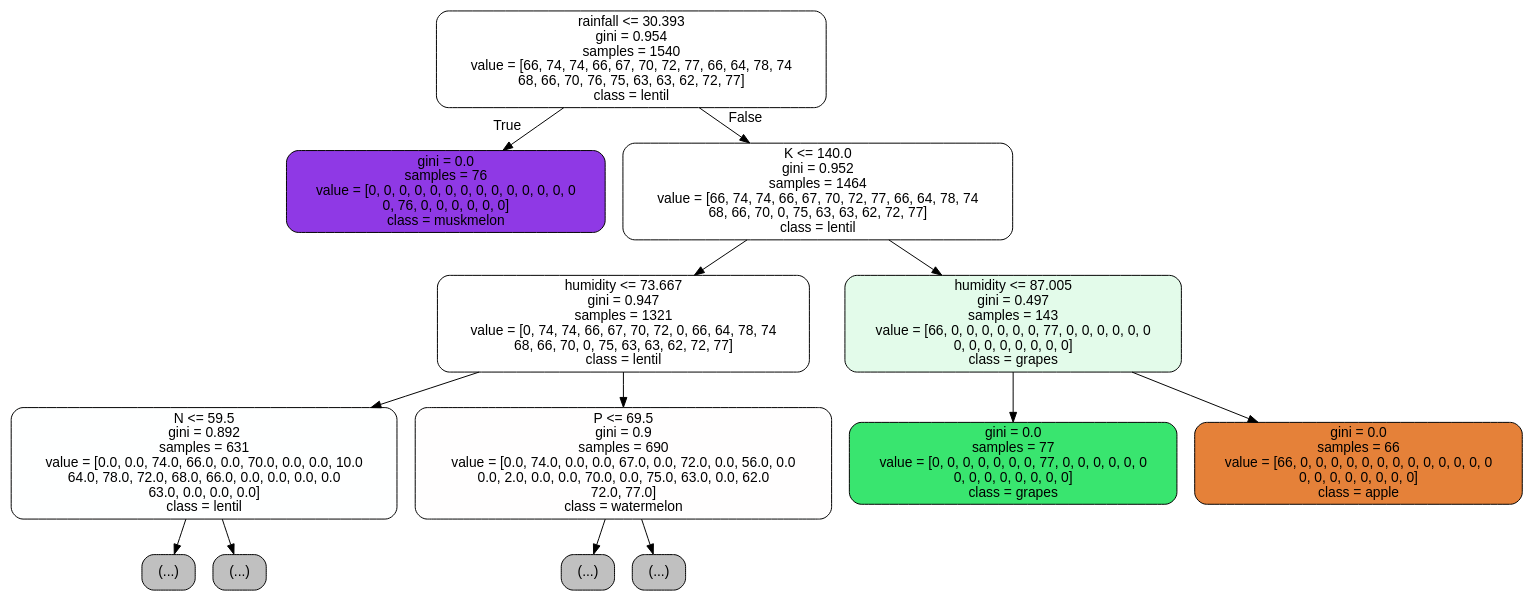
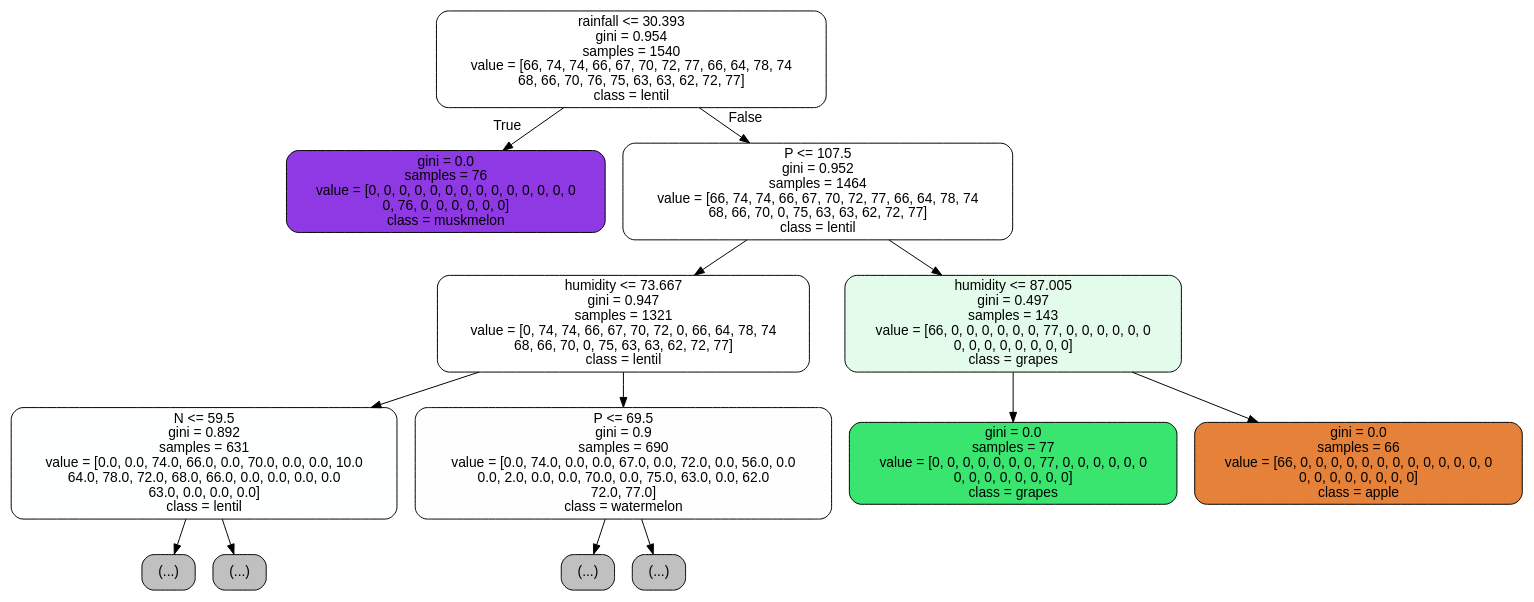
The diagram in precomputation/decision_tree.dot (ashuthe1/Crop_Recommendation_System), drawn with Graphviz before and after one commit. The commit also changed 13 other files, not shown here.

```diff
--- a/precomputation/decision_tree.dot
+++ b/precomputation/decision_tree.dot
@@ -1,29 +1,29 @@
 digraph Tree {
 node [shape=box, style="filled, rounded", color="black", fontname="helvetica"] ;
 edge [fontname="helvetica"] ;
 0 [label="rainfall <= 30.393\ngini = 0.954\nsamples = 1540\nvalue = [66, 74, 74, 66, 67, 70, 72, 77, 66, 64, 78, 74\n68, 66, 70, 76, 75, 63, 63, 62, 72, 77]\nclass = lentil", fillcolor="#ffffff"] ;
 1 [label="gini = 0.0\nsamples = 76\nvalue = [0, 0, 0, 0, 0, 0, 0, 0, 0, 0, 0, 0, 0, 0\n0, 76, 0, 0, 0, 0, 0, 0]\nclass = muskmelon", fillcolor="#8f39e5"] ;
 0 -> 1 [labeldistance=2.5, labelangle=45, headlabel="True"] ;
-2 [label="K <= 140.0\ngini = 0.952\nsamples = 1464\nvalue = [66, 74, 74, 66, 67, 70, 72, 77, 66, 64, 78, 74\n68, 66, 70, 0, 75, 63, 63, 62, 72, 77]\nclass = lentil", fillcolor="#ffffff"] ;
+2 [label="P <= 107.5\ngini = 0.952\nsamples = 1464\nvalue = [66, 74, 74, 66, 67, 70, 72, 77, 66, 64, 78, 74\n68, 66, 70, 0, 75, 63, 63, 62, 72, 77]\nclass = lentil", fillcolor="#ffffff"] ;
 0 -> 2 [labeldistance=2.5, labelangle=-45, headlabel="False"] ;
 3 [label="humidity <= 73.667\ngini = 0.947\nsamples = 1321\nvalue = [0, 74, 74, 66, 67, 70, 72, 0, 66, 64, 78, 74\n68, 66, 70, 0, 75, 63, 63, 62, 72, 77]\nclass = lentil", fillcolor="#ffffff"] ;
 2 -> 3 ;
 4 [label="N <= 59.5\ngini = 0.892\nsamples = 631\nvalue = [0.0, 0.0, 74.0, 66.0, 0.0, 70.0, 0.0, 0.0, 10.0\n64.0, 78.0, 72.0, 68.0, 66.0, 0.0, 0.0, 0.0, 0.0\n63.0, 0.0, 0.0, 0.0]\nclass = lentil", fillcolor="#feffff"] ;
 3 -> 4 ;
 5 [label="(...)", fillcolor="#C0C0C0"] ;
 4 -> 5 ;
 28 [label="(...)", fillcolor="#C0C0C0"] ;
 4 -> 28 ;
 37 [label="P <= 69.5\ngini = 0.9\nsamples = 690\nvalue = [0.0, 74.0, 0.0, 0.0, 67.0, 0.0, 72.0, 0.0, 56.0, 0.0\n0.0, 2.0, 0.0, 0.0, 70.0, 0.0, 75.0, 63.0, 0.0, 62.0\n72.0, 77.0]\nclass = watermelon", fillcolor="#fffefe"] ;
 3 -> 37 ;
 38 [label="(...)", fillcolor="#C0C0C0"] ;
 37 -> 38 ;
 75 [label="(...)", fillcolor="#C0C0C0"] ;
 37 -> 75 ;
 78 [label="humidity <= 87.005\ngini = 0.497\nsamples = 143\nvalue = [66, 0, 0, 0, 0, 0, 0, 77, 0, 0, 0, 0, 0, 0\n0, 0, 0, 0, 0, 0, 0, 0]\nclass = grapes", fillcolor="#e3fbea"] ;
 2 -> 78 ;
 79 [label="gini = 0.0\nsamples = 77\nvalue = [0, 0, 0, 0, 0, 0, 0, 77, 0, 0, 0, 0, 0, 0\n0, 0, 0, 0, 0, 0, 0, 0]\nclass = grapes", fillcolor="#39e56f"] ;
 78 -> 79 ;
 80 [label="gini = 0.0\nsamples = 66\nvalue = [66, 0, 0, 0, 0, 0, 0, 0, 0, 0, 0, 0, 0, 0\n0, 0, 0, 0, 0, 0, 0, 0]\nclass = apple", fillcolor="#e58139"] ;
 78 -> 80 ;
 }
```
